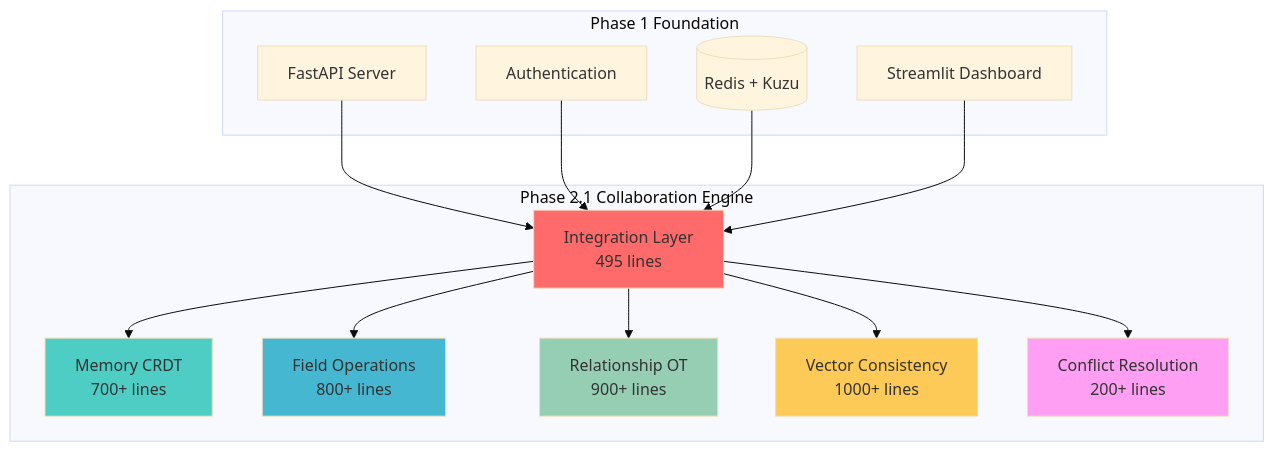
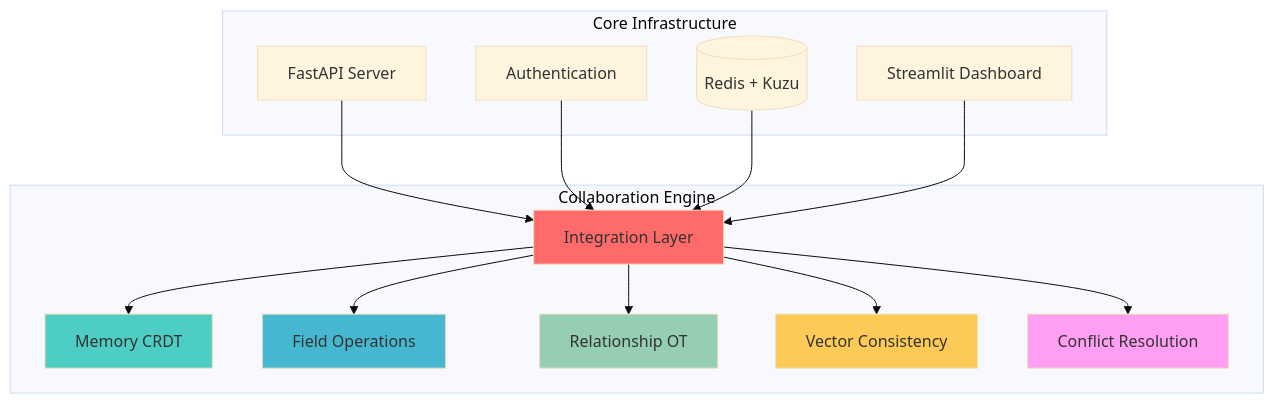
One commit to elementalcollision/GraphMemory-IDE changed the diagram in README.md. Above: the diagram before and after it, drawn with Mermaid (base theme). The commit also changed other lines of this file and 18 other files, not shown here.

````diff
--- a/README.md
+++ b/README.md
@@ -109,36 +78,36 @@
 ```mermaid
 graph TB
-    subgraph "Phase 1 Foundation"
+    subgraph "Core Infrastructure"
         API[FastAPI Server]
         Auth[Authentication]  
         DB[(Redis + Kuzu)]
         Dashboard[Streamlit Dashboard]
     end
     
-    subgraph "Phase 2.1 Collaboration Engine"
-        Integration[Integration Layer<br/>495 lines]
-        CRDT[Memory CRDT<br/>700+ lines]
-        Field[Field Operations<br/>800+ lines]
-        Relationship[Relationship OT<br/>900+ lines]
-        Vector[Vector Consistency<br/>1000+ lines]
-        Conflict[Conflict Resolution<br/>200+ lines]
+    subgraph "Collaboration Engine"
+        Integration[Integration Layer]
+        CRDT[Memory CRDT]
+        Field[Field Operations]
+        Relationship[Relationship OT]
+        Vector[Vector Consistency]
+        Conflict[Conflict Resolution]
     end
     
     API --> Integration
     Auth --> Integration
     DB --> Integration
     Dashboard --> Integration
     
     Integration --> CRDT
     Integration --> Field
     Integration --> Relationship
     Integration --> Vector
     Integration --> Conflict
     
     style Integration fill:#ff6b6b
     style CRDT fill:#4ecdc4
     style Field fill:#45b7d1
     style Relationship fill:#96ceb4
     style Vector fill:#feca57
     style Conflict fill:#ff9ff3
 ```
````
